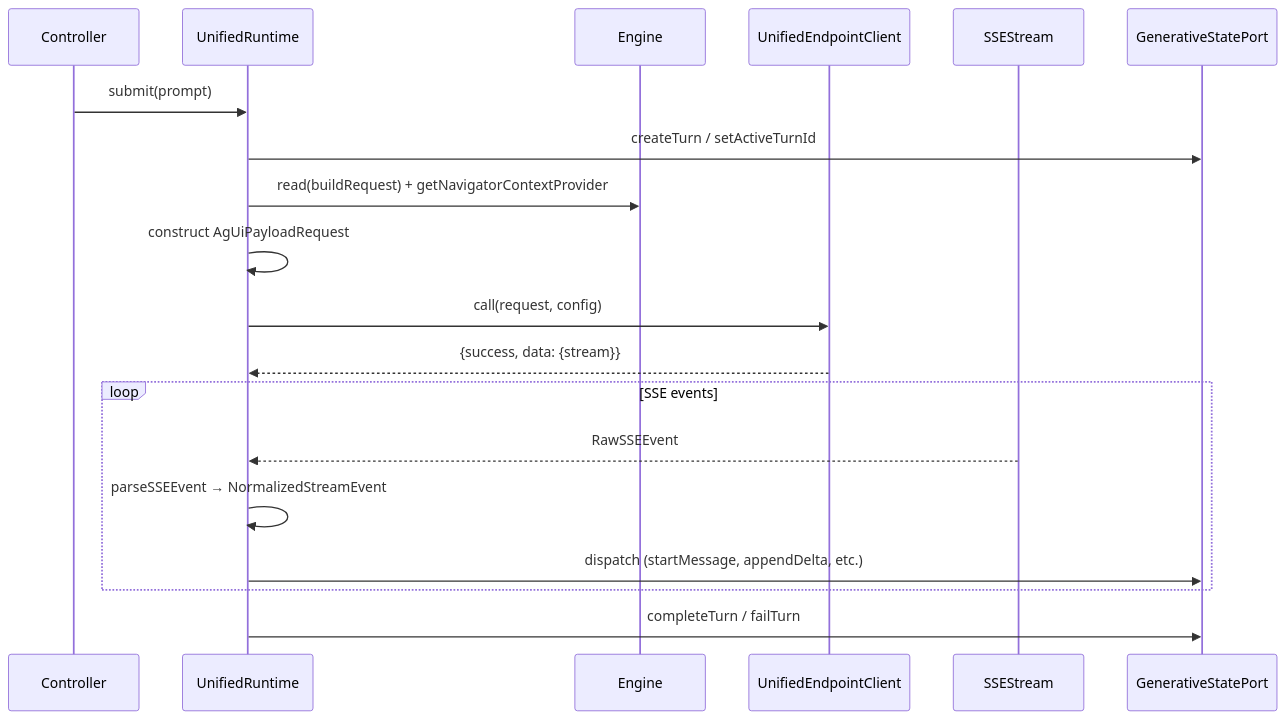
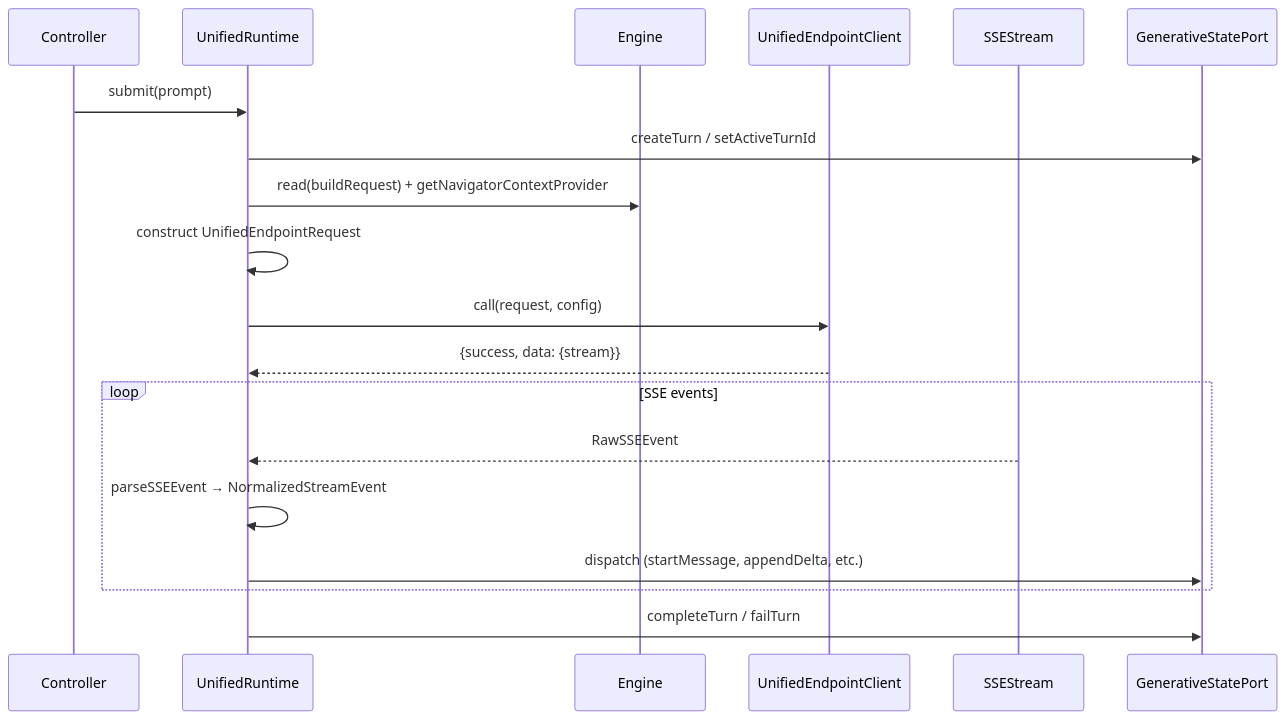
One commit to coveo/ui-kit changed the first of 3 diagrams in .kiro/specs/unified-runtime/design.md. Above: the diagram before and after it, drawn with Mermaid. The commit also changed other lines of this file and 11 other files, not shown here.

````diff
--- a/.kiro/specs/unified-runtime/design.md
+++ b/.kiro/specs/unified-runtime/design.md
@@ -15,22 +15,22 @@
 ```mermaid
 sequenceDiagram
     participant Controller
     participant UnifiedRuntime
     participant Engine
     participant UnifiedEndpointClient
     participant SSEStream
     participant GenerativeStatePort
 
     Controller->>UnifiedRuntime: submit(prompt)
     UnifiedRuntime->>GenerativeStatePort: createTurn / setActiveTurnId
     UnifiedRuntime->>Engine: read(buildRequest) + getNavigatorContextProvider
-    UnifiedRuntime->>UnifiedRuntime: construct AgUiPayloadRequest
+    UnifiedRuntime->>UnifiedRuntime: construct UnifiedEndpointRequest
     UnifiedRuntime->>UnifiedEndpointClient: call(request, config)
     UnifiedEndpointClient-->>UnifiedRuntime: {success, data: {stream}}
     loop SSE events
         SSEStream-->>UnifiedRuntime: RawSSEEvent
         UnifiedRuntime->>UnifiedRuntime: parseSSEEvent → NormalizedStreamEvent
         UnifiedRuntime->>GenerativeStatePort: dispatch (startMessage, appendDelta, etc.)
     end
     UnifiedRuntime->>GenerativeStatePort: completeTurn / failTurn
 ```
````
